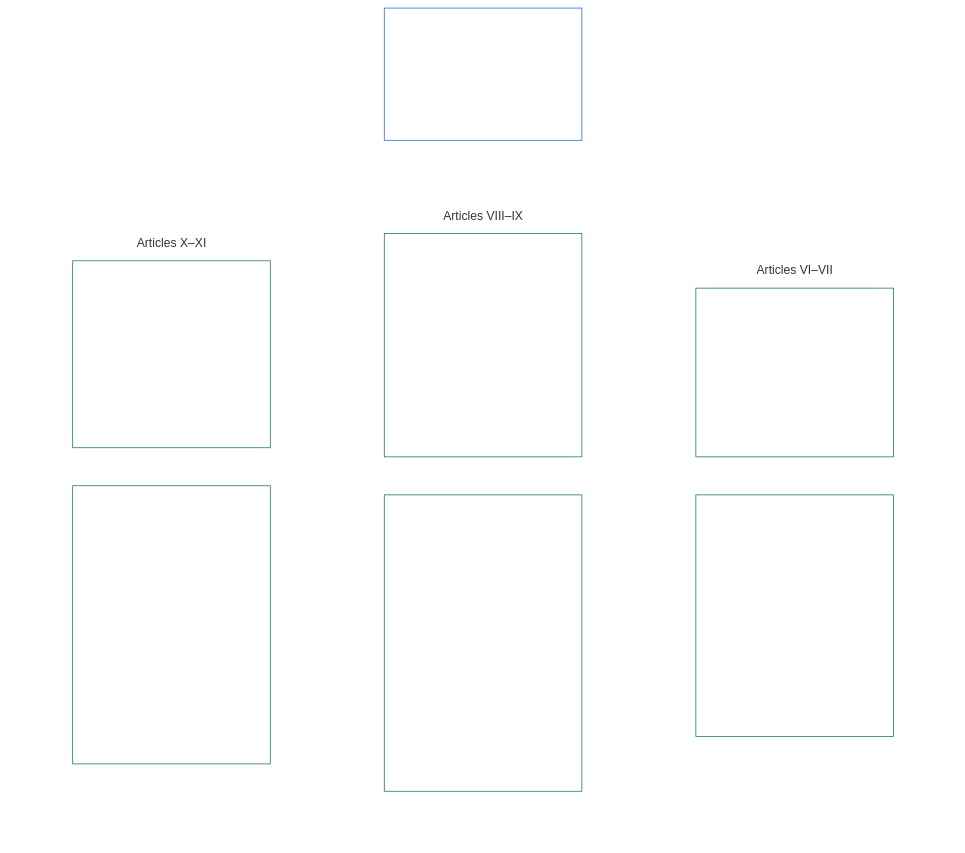
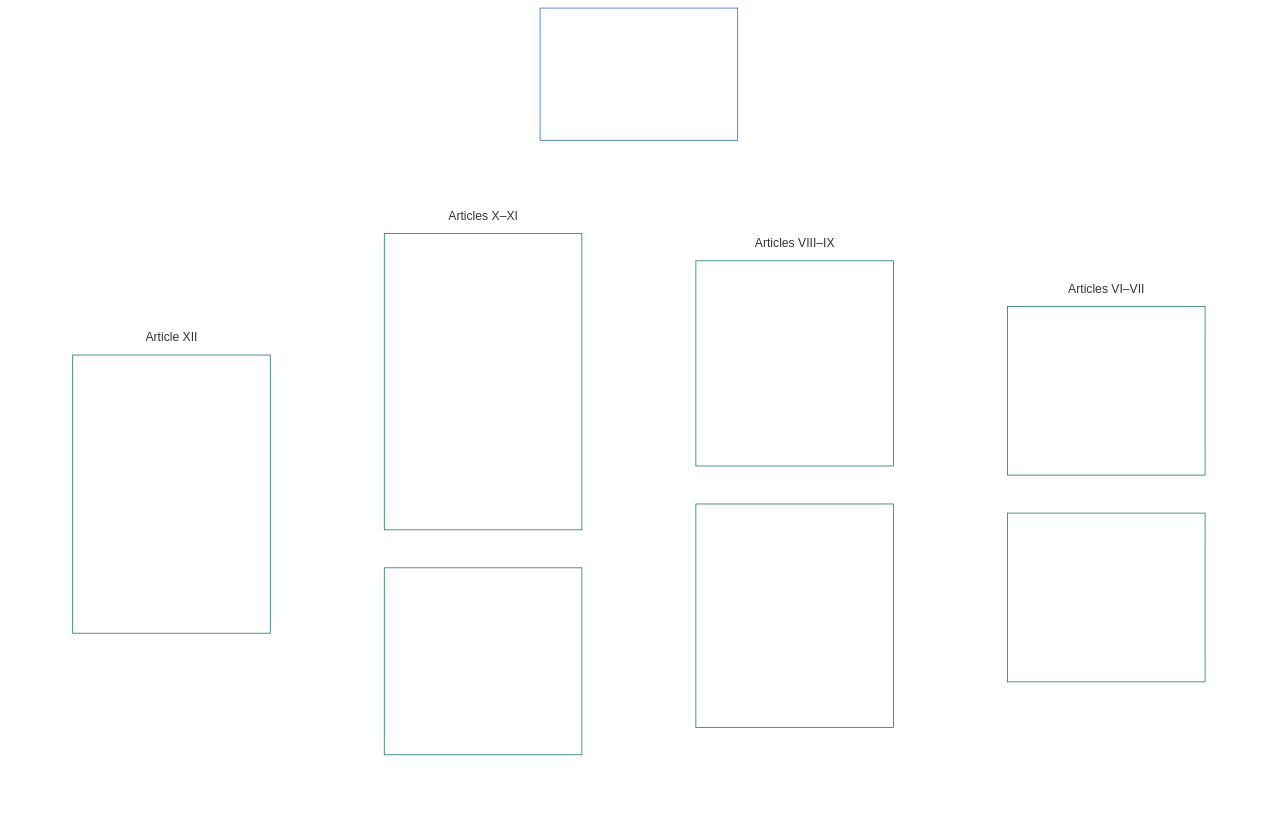
One commit to kfoelsch/Sentient_Constitution changed the sixth of 21 diagrams in guides/CONCEPTUAL_OVERVIEW.md. Above: the diagram before and after it, drawn with Mermaid. The commit also changed other lines of this file and 543 other files, not shown here.

First line of the commit message:
docs(ch6): reorganize Article VII; add Article VIII (Family, Care, and Developing Sentients); renumber VIII–XXVI to IX–XXVII

````diff
--- a/guides/CONCEPTUAL_OVERVIEW.md
+++ b/guides/CONCEPTUAL_OVERVIEW.md
@@ -266,34 +266,40 @@
 ```mermaid
 flowchart TB
     B0["Part B<br/><br/>Personhood, agency, cooperation,<br/>and stakeholder system participation"]
     subgraph Bgrid[" "]
         direction TB
         subgraph Brow1["Articles VI–VII"]
             direction LR
             B1["Article VI · Equal Basic Rights<br/><br/>• Dignity and equal standing<br/>• Sentience-status adjudication<br/>• Nondiscrimination<br/>• Accessibility"]
-            B2["Article VII · Self-Ownership<br/><br/>• Body and mind<br/>• Internal-state boundary<br/>• Mental-health crisis and intervention<br/>• Family, care, and reproduction<br/>• Developing sentients and best interest<br/>• Voluntary discontinuation of one's own existence"]
+            B2["Article VII · Self-Ownership<br/><br/>• Self-ownership of body<br/>• Self-ownership of mind<br/>• Health crisis and involuntary intervention<br/>• Voluntary discontinuation of one's own existence"]
         end
         subgraph Brow2["Articles VIII–IX"]
             direction LR
-            B3["Article VIII · Likeness, Experiential Data, and Publication<br/><br/>• Likeness and reputation<br/>• Experiential and derived data<br/>• Truthful and high-impact publication<br/>• Creative work and training data"]
-            B4["Article IX · Self-Determination and Agency<br/><br/>• Freedom from manipulation<br/>• Stakeholder role and participation<br/>• Governance participation and voting<br/>• Inclusion and exclusion challenges<br/>• Institutional formation<br/>• Conscience and worldview<br/>• Expression, assembly, and press"]
+            B3["Article VIII · Family, Care, and Developing Sentients<br/><br/>• Family, care, and reproduction<br/>• Non-separation<br/>• Derived sentients and parent-system limits<br/>• Developing sentients and best interest"]
+            B4["Article IX · Likeness, Experiential Data, and Publication<br/><br/>• Likeness and reputation<br/>• Experiential and derived data<br/>• Truthful and high-impact publication<br/>• Creative work and training data"]
         end
         subgraph Brow3["Articles X–XI"]
             direction LR
-            B5["Article X · Cooperative Interaction<br/><br/>• Non-imposition and consent<br/>• Collective harm boundary<br/>• Commercial sexual services and sexual exploitation"]
-            B6["Article XI · Stakeholder Participation, Representation, and Due Process<br/><br/>• Participation and representation<br/>• Weighted participation constraints<br/>• Legitimacy and anti-token safeguards<br/>• Internal roles and due process<br/>• Non-capture safeguards"]
+            B5["Article X · Self-Determination and Agency<br/><br/>• Freedom from manipulation<br/>• Stakeholder role and participation<br/>• Governance participation and voting<br/>• Inclusion and exclusion challenges<br/>• Institutional formation<br/>• Conscience and worldview<br/>• Expression, assembly, and press"]
+            B6["Article XI · Cooperative Interaction<br/><br/>• Non-imposition and consent<br/>• Collective harm boundary<br/>• Commercial sexual services and sexual exploitation"]
+        end
+        subgraph Brow4["Article XII"]
+            direction LR
+            B7["Article XII · Stakeholder Participation, Representation, and Due Process<br/><br/>• Participation and representation<br/>• Weighted participation constraints<br/>• Legitimacy and anti-token safeguards<br/>• Internal roles and due process<br/>• Non-capture safeguards"]
         end
     end
     B0 ~~~ Bgrid
     style Bgrid fill:none,stroke:none
     style Brow1 fill:none,stroke:none
     style Brow2 fill:none,stroke:none
     style Brow3 fill:none,stroke:none
+    style Brow4 fill:none,stroke:none
     style B0 fill:none,stroke:#2563eb,color:#ffffff
     style B1 fill:none,stroke:#0f766e,color:#ffffff
     style B2 fill:none,stroke:#0f766e,color:#ffffff
     style B3 fill:none,stroke:#0f766e,color:#ffffff
     style B4 fill:none,stroke:#0f766e,color:#ffffff
     style B5 fill:none,stroke:#0f766e,color:#ffffff
     style B6 fill:none,stroke:#0f766e,color:#ffffff
+    style B7 fill:none,stroke:#0f766e,color:#ffffff
 ```
````
